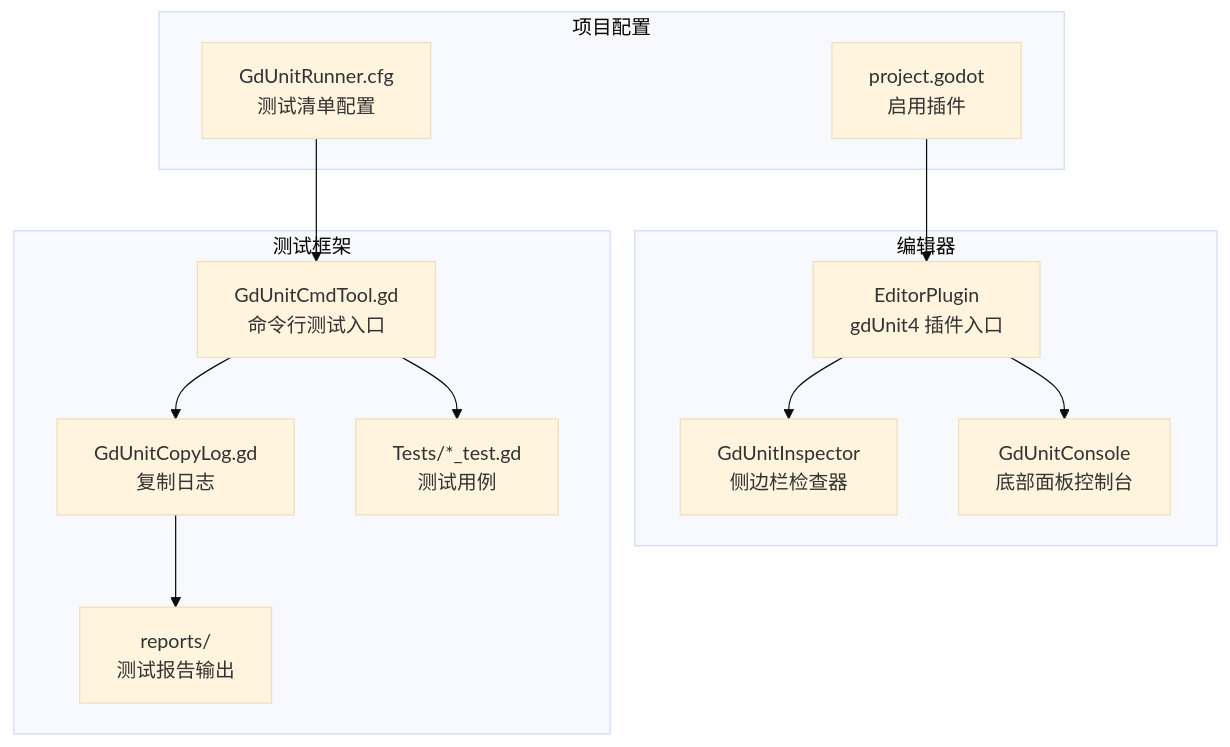
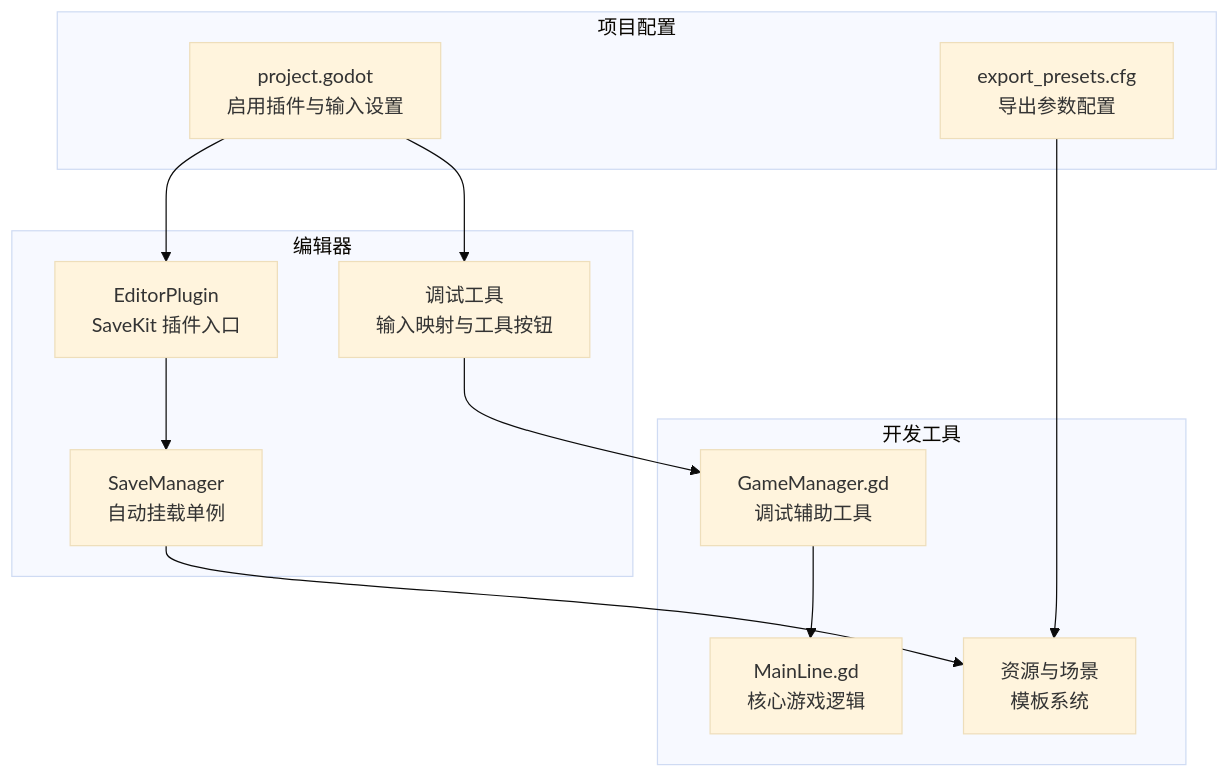
The second of 4 diagrams in .qoder/repowiki/zh/content/开发工具/开发工具.md (godotline/godot-line), drawn with Mermaid (base theme) before and after one commit. The commit also changed other lines of this file and 20 other files, not shown here.

````diff
--- a/.qoder/repowiki/zh/content/开发工具/开发工具.md
+++ b/.qoder/repowiki/zh/content/开发工具/开发工具.md
@@ -91,25 +85,24 @@
 ```mermaid
 graph TB
 subgraph "编辑器"
-EP["EditorPlugin<br/>gdUnit4 插件入口"]
-INS["GdUnitInspector<br/>侧边栏检查器"]
-CON["GdUnitConsole<br/>底部面板控制台"]
+EP["EditorPlugin<br/>SaveKit 插件入口"]
+AUTO["SaveManager<br/>自动挂载单例"]
+DEBUG["调试工具<br/>输入映射与工具按钮"]
 end
 subgraph "项目配置"
-CFG["project.godot<br/>启用插件"]
-RUNCFG["GdUnitRunner.cfg<br/>测试清单配置"]
+CFG["project.godot<br/>启用插件与输入设置"]
+END["export_presets.cfg<br/>导出参数配置"]
 end
-subgraph "测试框架"
-CMD["GdUnitCmdTool.gd<br/>命令行测试入口"]
-COPYLOG["GdUnitCopyLog.gd<br/>复制日志"]
-TESTS["Tests/*_test.gd<br/>测试用例"]
-REPORTS["reports/<br/>测试报告输出"]
+subgraph "开发工具"
+GM["GameManager.gd<br/>调试辅助工具"]
+MAIN["MainLine.gd<br/>核心游戏逻辑"]
+RES["资源与场景<br/>模板系统"]
 end
-EP --> INS
-EP --> CON
+EP --> AUTO
 CFG --> EP
-RUNCFG --> CMD
-CMD --> TESTS
-CMD --> COPYLOG
-COPYLOG --> REPORTS
+CFG --> DEBUG
+DEBUG --> GM
+GM --> MAIN
+AUTO --> RES
+END --> RES
 ```
````
